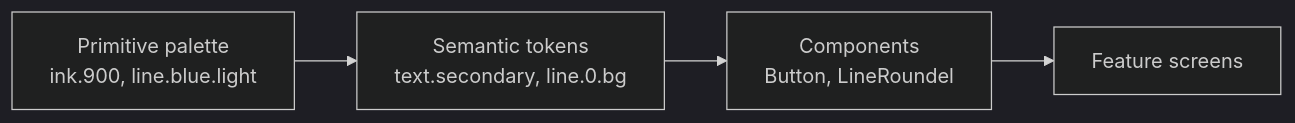
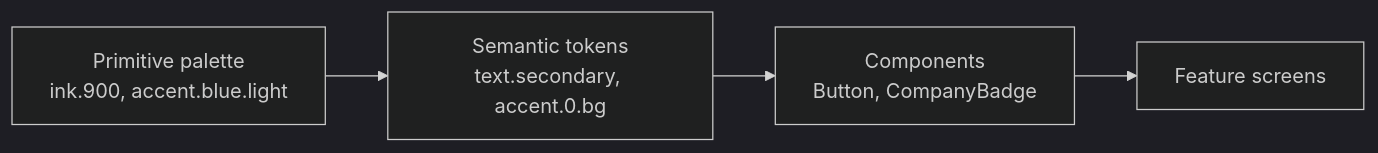
The diagram in docs/design-system.md (kristinadarroch/application-tracker), drawn with Mermaid (dark theme) before and after one commit. The commit also changed other lines of this file and 88 other files, not shown here.

````diff
--- a/docs/design-system.md
+++ b/docs/design-system.md
@@ -64,6 +73,6 @@
 ```mermaid
 flowchart LR
-  P[Primitive palette<br/>ink.900, line.blue.light] --> S[Semantic tokens<br/>text.secondary, line.0.bg]
-  S --> C[Components<br/>Button, LineRoundel]
+  P[Primitive palette<br/>ink.900, accent.blue.light] --> S[Semantic tokens<br/>text.secondary, accent.0.bg]
+  S --> C[Components<br/>Button, CompanyBadge]
   C --> F[Feature screens]
 ```
````
